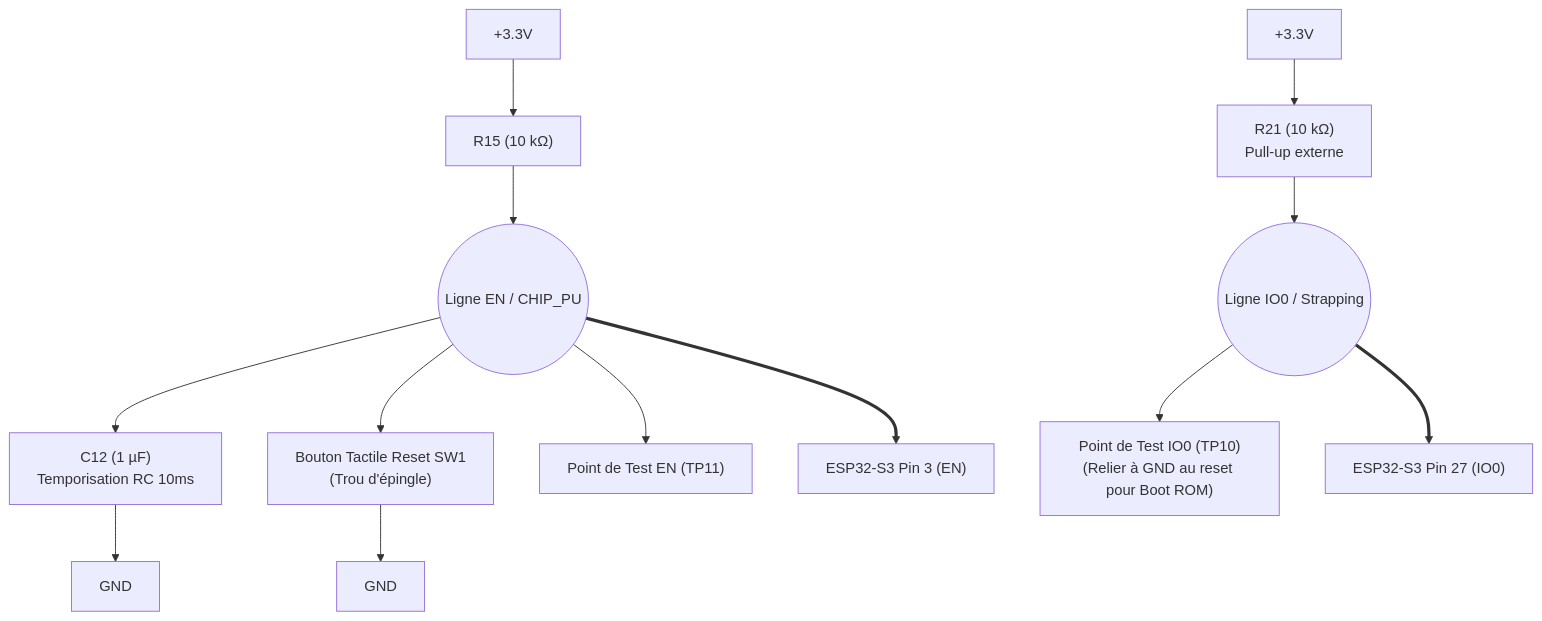
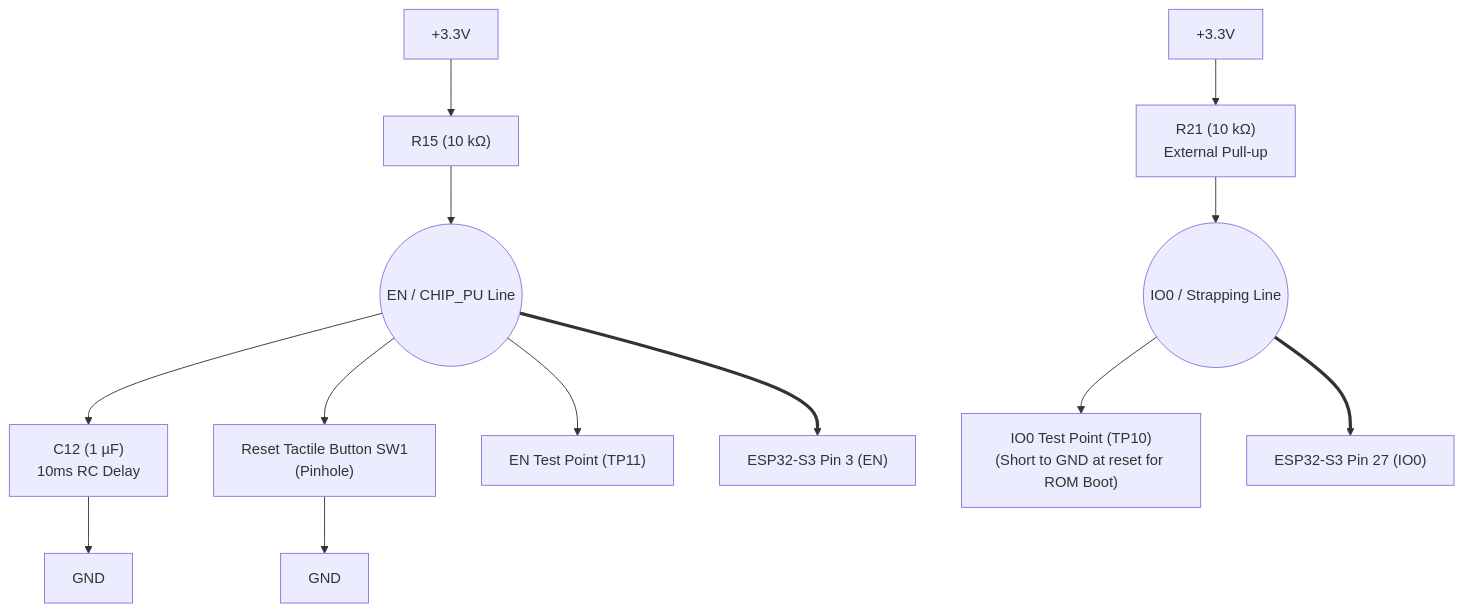
The ninth of 13 diagrams in documents/hardware.md (nitrogene/OBD2), drawn with Mermaid before and after one commit. The commit also changed other lines of this file and 20 other files, not shown here.

````diff
--- a/documents/hardware.md
+++ b/documents/hardware.md
@@ -522,24 +580,28 @@
 ```mermaid
 %%{init: {
   'themeVariables': {
     'fontFamily': 'Consolas, "Courier New", monospace',
     'fontSize': '12px'
   },
   'flowchart': {
     'curve': 'stepBefore',
     'nodeSpacing': 20,
     'rankSpacing': 30
   }
 }}%%
 flowchart TD
     VCC["+3.3V"] --> R15["R15 (10 kΩ)"]
-    R15 --> EN_NODE(("Ligne EN / CHIP_PU"))
-    EN_NODE --> C12["C12 (1 µF)\nTemporisation RC 10ms"] --> GND1["GND"]
-    EN_NODE --> SW1["Bouton Tactile Reset SW1\n(Trou d'épingle)"] --> GND2["GND"]
-    EN_NODE --> TP11["Point de Test EN (TP11)"]
+    R15 --> EN_NODE(("EN / CHIP_PU Line"))
+    EN_NODE --> C12["C12 (1 µF)
+10ms RC Delay"] --> GND1["GND"]
+    EN_NODE --> SW1["Reset Tactile Button SW1
+(Pinhole)"] --> GND2["GND"]
+    EN_NODE --> TP11["EN Test Point (TP11)"]
     EN_NODE ==> MCU_EN["ESP32-S3 Pin 3 (EN)"]
 
-    IO0_NODE(("Ligne IO0 / Strapping")) --> TP10["Point de Test IO0 (TP10)\n(Relier à GND au reset pour Boot ROM)"]
+    IO0_NODE(("IO0 / Strapping Line")) --> TP10["IO0 Test Point (TP10)
+(Short to GND at reset for ROM Boot)"]
     IO0_NODE ==> MCU_IO0["ESP32-S3 Pin 27 (IO0)"]
-    VCC_IO0["+3.3V"] --> R21["R21 (10 kΩ)\nPull-up externe"] --> IO0_NODE
+    VCC_IO0["+3.3V"] --> R21["R21 (10 kΩ)
+External Pull-up"] --> IO0_NODE
 ```
````
